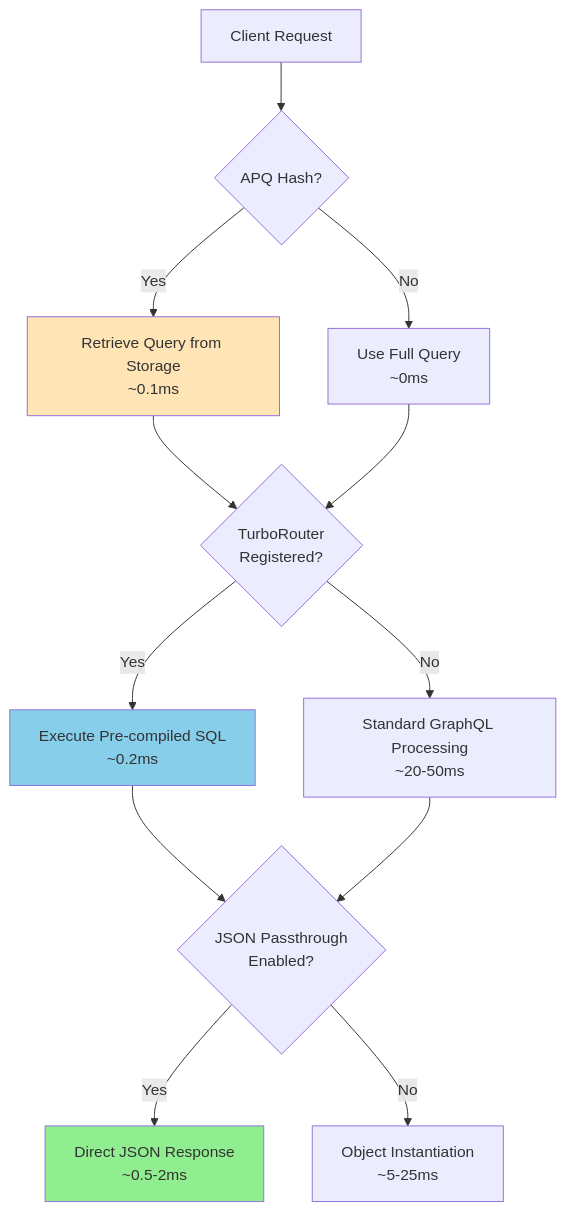
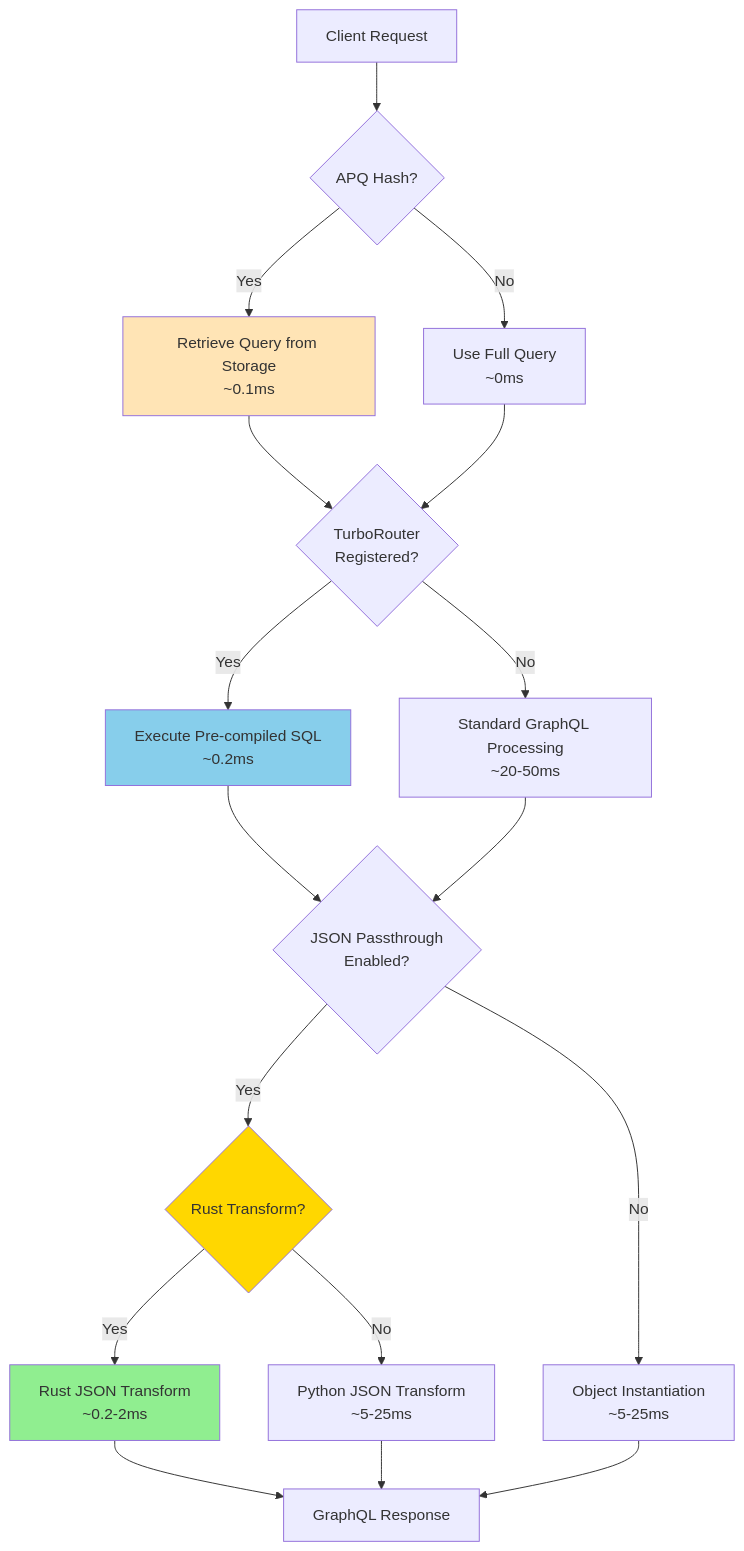
The diagram in docs-v1-archive/advanced/performance-optimization-layers.md (fraiseql/fraiseql), drawn with Mermaid before and after one commit. The commit also changed other lines of this file and 108 other files, not shown here.

````diff
--- a/docs-v1-archive/advanced/performance-optimization-layers.md
+++ b/docs-v1-archive/advanced/performance-optimization-layers.md
@@ -17,22 +18,30 @@
 ```mermaid
 graph TD
     A[Client Request] --> B{APQ Hash?}
     B -->|Yes| C[Retrieve Query from Storage<br/>~0.1ms]
     B -->|No| D[Use Full Query<br/>~0ms]
 
     C --> E{TurboRouter<br/>Registered?}
     D --> E
 
     E -->|Yes| F[Execute Pre-compiled SQL<br/>~0.2ms]
     E -->|No| G[Standard GraphQL Processing<br/>~20-50ms]
 
     F --> H{JSON Passthrough<br/>Enabled?}
     G --> H
 
-    H -->|Yes| I[Direct JSON Response<br/>~0.5-2ms]
+    H -->|Yes| K{Rust Transform?}
     H -->|No| J[Object Instantiation<br/>~5-25ms]
+
+    K -->|Yes| I[Rust JSON Transform<br/>~0.2-2ms]
+    K -->|No| L[Python JSON Transform<br/>~5-25ms]
+
+    I --> M[GraphQL Response]
+    L --> M
+    J --> M
 
     style I fill:#90EE90
     style F fill:#87CEEB
     style C fill:#FFE4B5
+    style K fill:#FFD700
 ```
````
